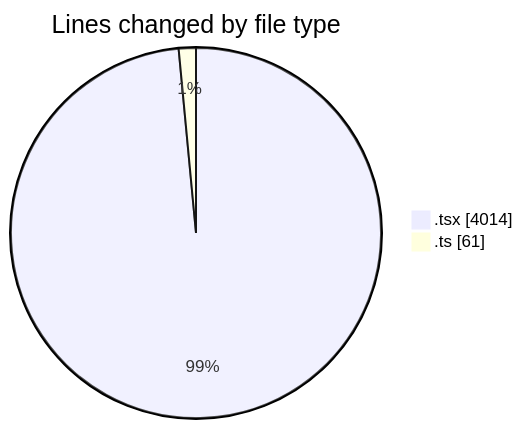
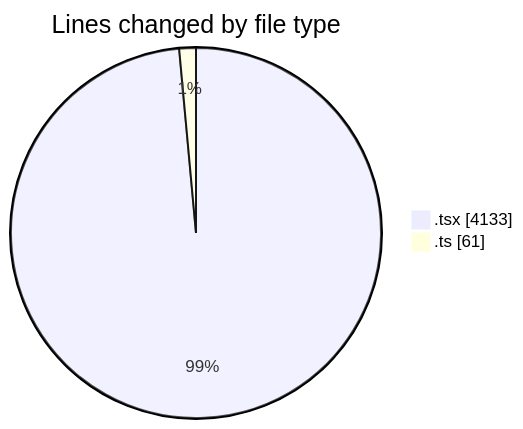
The first of 2 diagrams in 2025-11-18/eventscop-frontend-guide__workspace_/README.md (julien-gomy/code-tracking), drawn with Mermaid before and after one commit. The commit also changed other lines of this file and 1 other file, not shown here.

````diff
--- a/2025-11-18/eventscop-frontend-guide__workspace_/README.md
+++ b/2025-11-18/eventscop-frontend-guide__workspace_/README.md
@@ -49,6 +50,6 @@
 ```mermaid
 pie showData
 title Lines changed by file type
-".tsx" : 4014
+".tsx" : 4133
 ".ts" : 61
 ```
````
